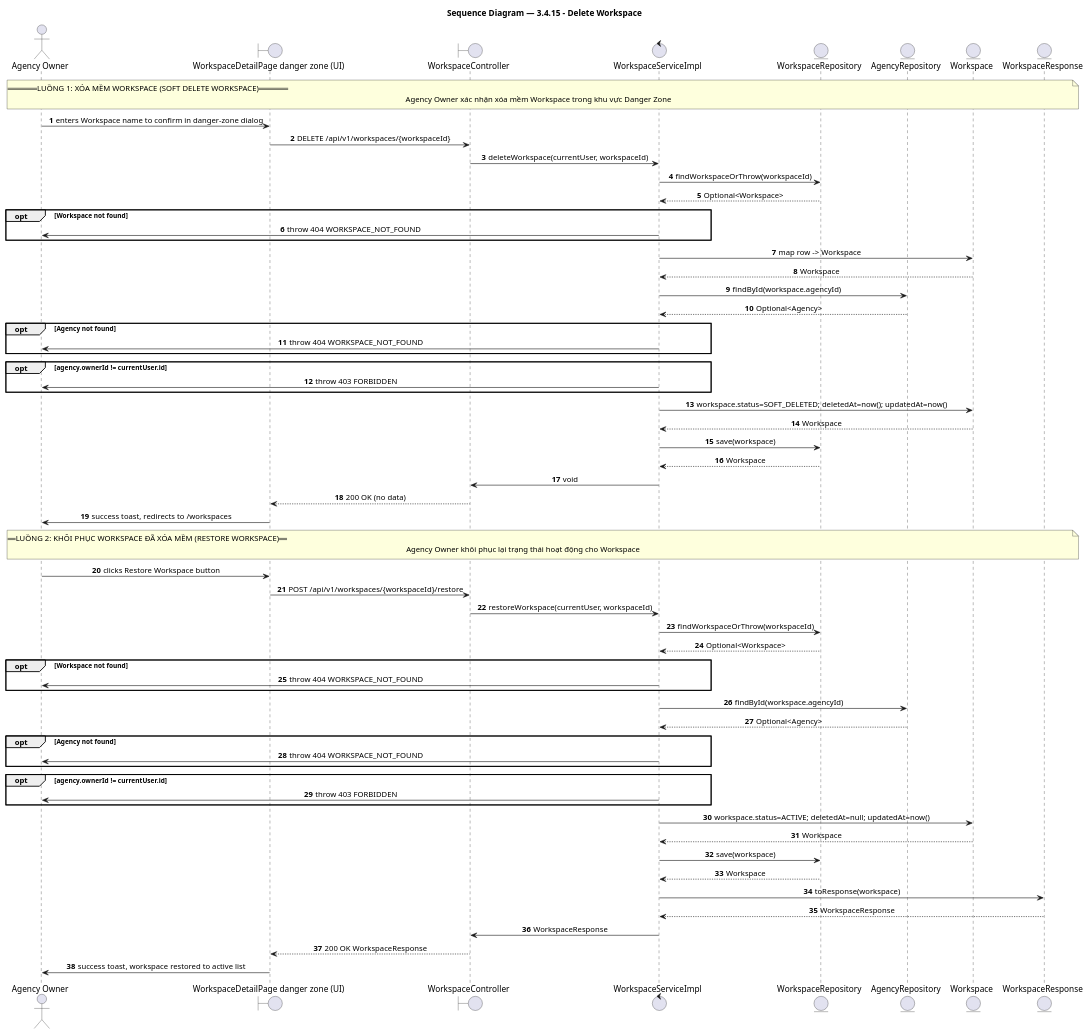
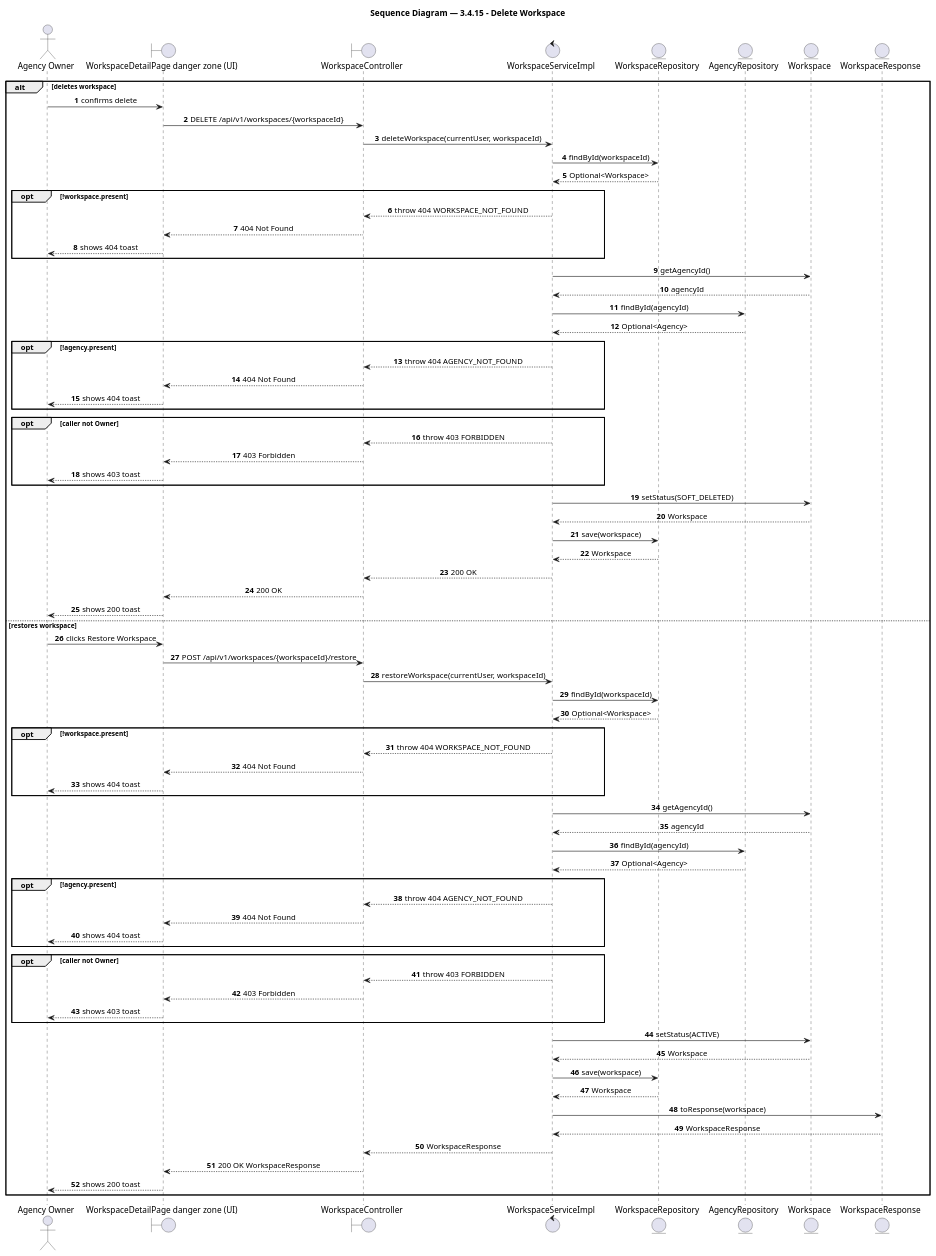
One commit to BrandHubOrganization/brandhub-infrastructure changed the diagram in docs/feature/agency-workspace/3-4-15-delete-workspace/report4_sequence.puml. Above: the diagram before and after it, drawn with PlantUML. The commit also changed 33 other files, not shown here.

Commit message:
docs: add PlantUML sequence diagrams and class diagrams for agency workspace and profile features

```diff
--- a/docs/feature/agency-workspace/3-4-15-delete-workspace/report4_sequence.puml
+++ b/docs/feature/agency-workspace/3-4-15-delete-workspace/report4_sequence.puml
@@ -1,78 +1,88 @@
 @startuml 3.4.15 - Delete Workspace
 title Sequence Diagram — 3.4.15 - Delete Workspace
 
 autonumber
 skinparam shadowing false
 skinparam sequenceMessageAlign center
 skinparam BoxPadding 10
 skinparam ParticipantPadding 10
 
 ' === Participants ===
 actor "Agency Owner" as agency_owner
 boundary "WorkspaceDetailPage danger zone (UI)" as workspacedetailpage_danger_zone_ui
 boundary "WorkspaceController" as workspacecontroller
 control "WorkspaceServiceImpl" as workspaceserviceimpl
 entity "WorkspaceRepository" as workspacerepository
 entity "AgencyRepository" as agencyrepository
 entity "Workspace" as workspace
 entity "WorkspaceResponse" as workspaceresponse
 
-' === Flow 1 ===
-note over agency_owner, workspaceresponse : == LUỒNG 1: XÓA MỀM WORKSPACE (SOFT DELETE WORKSPACE) ==\nAgency Owner xác nhận xóa mềm Workspace trong khu vực Danger Zone
-
-agency_owner -> workspacedetailpage_danger_zone_ui: enters Workspace name to confirm in danger-zone dialog
-workspacedetailpage_danger_zone_ui -> workspacecontroller: DELETE /api/v1/workspaces/{workspaceId}
-workspacecontroller -> workspaceserviceimpl: deleteWorkspace(currentUser, workspaceId)
-workspaceserviceimpl -> workspacerepository: findWorkspaceOrThrow(workspaceId)
-workspacerepository --> workspaceserviceimpl: Optional<Workspace>
-opt Workspace not found
-  workspaceserviceimpl -> agency_owner: throw 404 WORKSPACE_NOT_FOUND
+alt deletes workspace
+  agency_owner -> workspacedetailpage_danger_zone_ui: confirms delete
+  workspacedetailpage_danger_zone_ui -> workspacecontroller: DELETE /api/v1/workspaces/{workspaceId}
+  workspacecontroller -> workspaceserviceimpl: deleteWorkspace(currentUser, workspaceId)
+  workspaceserviceimpl -> workspacerepository: findById(workspaceId)
+  workspacerepository --> workspaceserviceimpl: Optional<Workspace>
+  opt !workspace.present
+    workspaceserviceimpl --> workspacecontroller: throw 404 WORKSPACE_NOT_FOUND
+    workspacecontroller --> workspacedetailpage_danger_zone_ui: 404 Not Found
+    workspacedetailpage_danger_zone_ui --> agency_owner: shows 404 toast
+  end
+  workspaceserviceimpl -> workspace: getAgencyId()
+  workspace --> workspaceserviceimpl: agencyId
+  workspaceserviceimpl -> agencyrepository: findById(agencyId)
+  agencyrepository --> workspaceserviceimpl: Optional<Agency>
+  opt !agency.present
+    workspaceserviceimpl --> workspacecontroller: throw 404 AGENCY_NOT_FOUND
+    workspacecontroller --> workspacedetailpage_danger_zone_ui: 404 Not Found
+    workspacedetailpage_danger_zone_ui --> agency_owner: shows 404 toast
+  end
+  opt caller not Owner
+    workspaceserviceimpl --> workspacecontroller: throw 403 FORBIDDEN
+    workspacecontroller --> workspacedetailpage_danger_zone_ui: 403 Forbidden
+    workspacedetailpage_danger_zone_ui --> agency_owner: shows 403 toast
+  end
+  workspaceserviceimpl -> workspace: setStatus(SOFT_DELETED)
+  workspace --> workspaceserviceimpl: Workspace
+  workspaceserviceimpl -> workspacerepository: save(workspace)
+  workspacerepository --> workspaceserviceimpl: Workspace
+  workspaceserviceimpl --> workspacecontroller: 200 OK
+  workspacecontroller --> workspacedetailpage_danger_zone_ui: 200 OK
+  workspacedetailpage_danger_zone_ui --> agency_owner: shows 200 toast
+else restores workspace
+  agency_owner -> workspacedetailpage_danger_zone_ui: clicks Restore Workspace
+  workspacedetailpage_danger_zone_ui -> workspacecontroller: POST /api/v1/workspaces/{workspaceId}/restore
+  workspacecontroller -> workspaceserviceimpl: restoreWorkspace(currentUser, workspaceId)
+  workspaceserviceimpl -> workspacerepository: findById(workspaceId)
+  workspacerepository --> workspaceserviceimpl: Optional<Workspace>
+  opt !workspace.present
+    workspaceserviceimpl --> workspacecontroller: throw 404 WORKSPACE_NOT_FOUND
+    workspacecontroller --> workspacedetailpage_danger_zone_ui: 404 Not Found
+    workspacedetailpage_danger_zone_ui --> agency_owner: shows 404 toast
+  end
+  workspaceserviceimpl -> workspace: getAgencyId()
+  workspace --> workspaceserviceimpl: agencyId
+  workspaceserviceimpl -> agencyrepository: findById(agencyId)
+  agencyrepository --> workspaceserviceimpl: Optional<Agency>
+  opt !agency.present
+    workspaceserviceimpl --> workspacecontroller: throw 404 AGENCY_NOT_FOUND
+    workspacecontroller --> workspacedetailpage_danger_zone_ui: 404 Not Found
+    workspacedetailpage_danger_zone_ui --> agency_owner: shows 404 toast
+  end
+  opt caller not Owner
+    workspaceserviceimpl --> workspacecontroller: throw 403 FORBIDDEN
+    workspacecontroller --> workspacedetailpage_danger_zone_ui: 403 Forbidden
+    workspacedetailpage_danger_zone_ui --> agency_owner: shows 403 toast
+  end
+  workspaceserviceimpl -> workspace: setStatus(ACTIVE)
+  workspace --> workspaceserviceimpl: Workspace
+  workspaceserviceimpl -> workspacerepository: save(workspace)
+  workspacerepository --> workspaceserviceimpl: Workspace
+  workspaceserviceimpl -> workspaceresponse: toResponse(workspace)
+  workspaceresponse --> workspaceserviceimpl: WorkspaceResponse
+  workspaceserviceimpl --> workspacecontroller: WorkspaceResponse
+  workspacecontroller --> workspacedetailpage_danger_zone_ui: 200 OK WorkspaceResponse
+  workspacedetailpage_danger_zone_ui --> agency_owner: shows 200 toast
 end
-workspaceserviceimpl -> workspace: map row -> Workspace
-workspace --> workspaceserviceimpl: Workspace
-workspaceserviceimpl -> agencyrepository: findById(workspace.agencyId)
-agencyrepository --> workspaceserviceimpl: Optional<Agency>
-opt Agency not found
-  workspaceserviceimpl -> agency_owner: throw 404 WORKSPACE_NOT_FOUND
-end
-opt agency.ownerId != currentUser.id
-  workspaceserviceimpl -> agency_owner: throw 403 FORBIDDEN
-end
-workspaceserviceimpl -> workspace: workspace.status=SOFT_DELETED; deletedAt=now(); updatedAt=now()
-workspace --> workspaceserviceimpl: Workspace
-workspaceserviceimpl -> workspacerepository: save(workspace)
-workspacerepository --> workspaceserviceimpl: Workspace
-workspaceserviceimpl -> workspacecontroller: void
-workspacecontroller --> workspacedetailpage_danger_zone_ui: 200 OK (no data)
-workspacedetailpage_danger_zone_ui -> agency_owner: success toast, redirects to /workspaces
-
-' === Flow 2 ===
-note over agency_owner, workspaceresponse : == LUỒNG 2: KHÔI PHỤC WORKSPACE ĐÃ XÓA MỀM (RESTORE WORKSPACE) ==\nAgency Owner khôi phục lại trạng thái hoạt động cho Workspace
-
-agency_owner -> workspacedetailpage_danger_zone_ui: clicks Restore Workspace button
-workspacedetailpage_danger_zone_ui -> workspacecontroller: POST /api/v1/workspaces/{workspaceId}/restore
-workspacecontroller -> workspaceserviceimpl: restoreWorkspace(currentUser, workspaceId)
-workspaceserviceimpl -> workspacerepository: findWorkspaceOrThrow(workspaceId)
-workspacerepository --> workspaceserviceimpl: Optional<Workspace>
-opt Workspace not found
-  workspaceserviceimpl -> agency_owner: throw 404 WORKSPACE_NOT_FOUND
-end
-workspaceserviceimpl -> agencyrepository: findById(workspace.agencyId)
-agencyrepository --> workspaceserviceimpl: Optional<Agency>
-opt Agency not found
-  workspaceserviceimpl -> agency_owner: throw 404 WORKSPACE_NOT_FOUND
-end
-opt agency.ownerId != currentUser.id
-  workspaceserviceimpl -> agency_owner: throw 403 FORBIDDEN
-end
-workspaceserviceimpl -> workspace: workspace.status=ACTIVE; deletedAt=null; updatedAt=now()
-workspace --> workspaceserviceimpl: Workspace
-workspaceserviceimpl -> workspacerepository: save(workspace)
-workspacerepository --> workspaceserviceimpl: Workspace
-workspaceserviceimpl -> workspaceresponse: toResponse(workspace)
-workspaceresponse --> workspaceserviceimpl: WorkspaceResponse
-workspaceserviceimpl -> workspacecontroller: WorkspaceResponse
-workspacecontroller --> workspacedetailpage_danger_zone_ui: 200 OK WorkspaceResponse
-workspacedetailpage_danger_zone_ui -> agency_owner: success toast, workspace restored to active list
 
 @enduml
```
